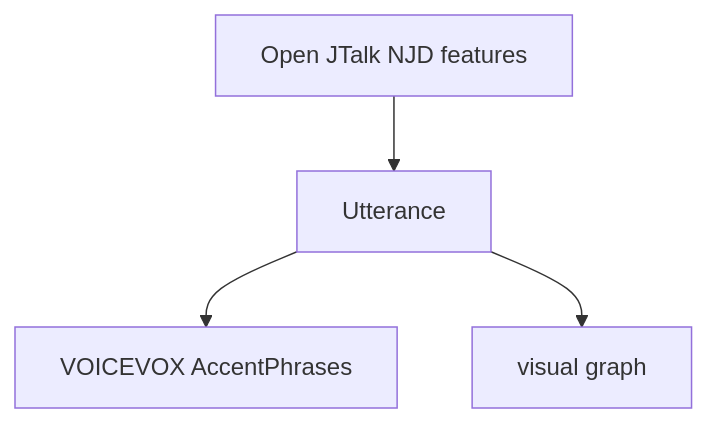
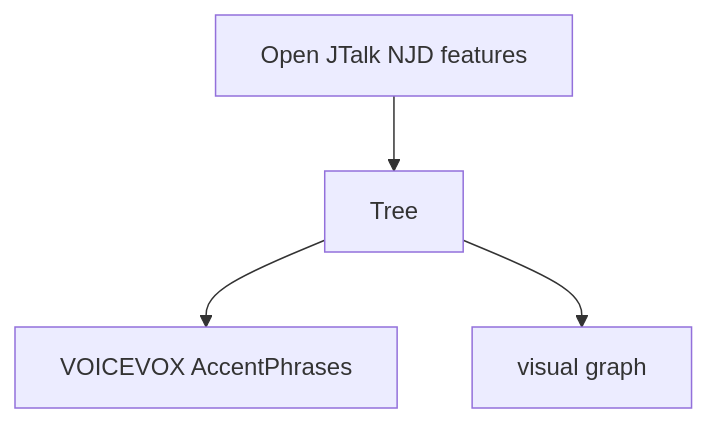
One commit to tarepan/ParseOJT changed the diagram in README.md. Above: the diagram before and after it, drawn with Mermaid. The commit also changed 6 other files, not shown here.

````diff
--- a/README.md
+++ b/README.md
@@ -22,6 +22,6 @@
 ```mermaid
 graph TD;
-    A["Open JTalk NJD features"] --> B["Utterance"];
+    A["Open JTalk NJD features"] --> B["Tree"];
     B --> C["VOICEVOX AccentPhrases"];
     B --> D["visual graph"];
 ```
````
